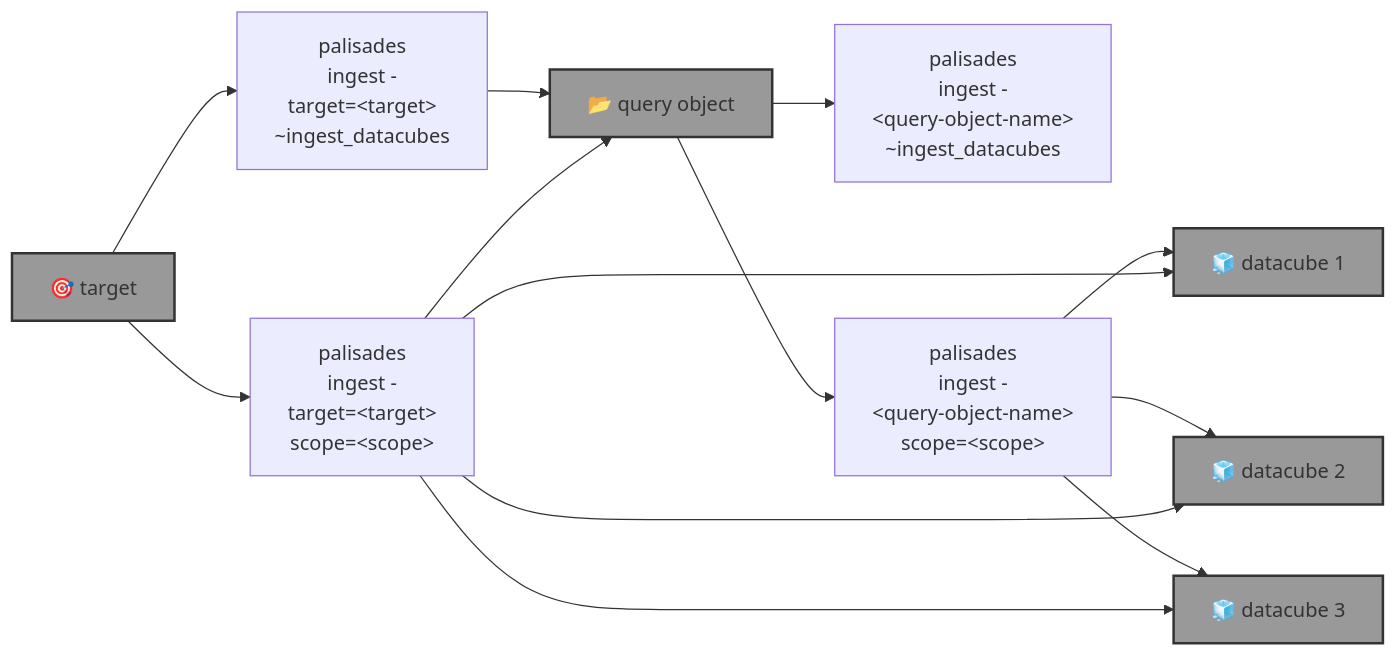
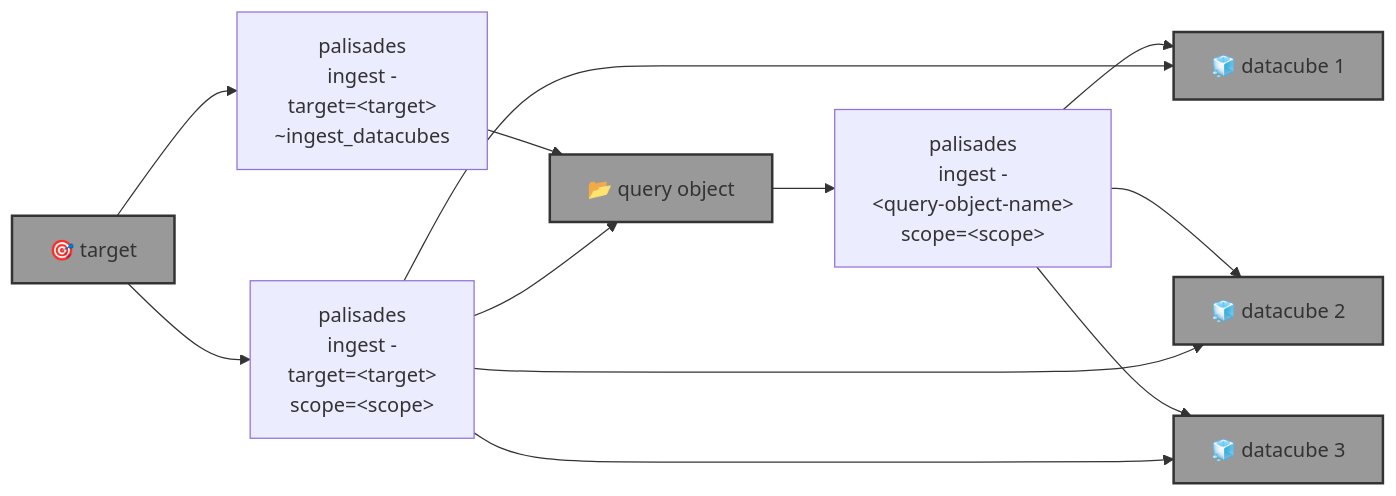
Before and after one commit to kamangir/blue-sandbox: the diagram in blue_sandbox/palisades/README.md, drawn with Mermaid. The commit also changed 3 other files, not shown here.

````diff
--- a/blue_sandbox/palisades/README.md
+++ b/blue_sandbox/palisades/README.md
@@ -5,34 +5,30 @@
 ```mermaid
 graph LR
-    palisades_ingest_query["palisades<br>ingest -<br>&lt;query-object-name&gt;<br>~ingest_datacubes"]
-
     palisades_ingest_query_ingest["palisades<br>ingest -<br>&lt;query-object-name&gt;<br>scope=&lt;scope&gt;"]
 
     palisades_ingest_target["palisades<br>ingest -<br>target=&lt;target&gt;<br>~ingest_datacubes"]
 
     palisades_ingest_target_ingest["palisades<br>ingest -<br>target=&lt;target&gt;<br>scope=&lt;scope&gt;"]
 
     target["🎯 target"]:::folder
     query_object["📂 query object"]:::folder
     datacube_1["🧊 datacube 1"]:::folder
     datacube_2["🧊 datacube 2"]:::folder
     datacube_3["🧊 datacube 3"]:::folder
-
-    query_object --> palisades_ingest_query
 
     query_object --> palisades_ingest_query_ingest
     palisades_ingest_query_ingest --> datacube_1
     palisades_ingest_query_ingest --> datacube_2
     palisades_ingest_query_ingest --> datacube_3
 
     target --> palisades_ingest_target
     palisades_ingest_target --> query_object
 
     target --> palisades_ingest_target_ingest
     palisades_ingest_target_ingest --> query_object
     palisades_ingest_target_ingest --> datacube_1
     palisades_ingest_target_ingest --> datacube_2
     palisades_ingest_target_ingest --> datacube_3
 
     classDef folder fill:#999,stroke:#333,stroke-width:2px;
 ```
````
